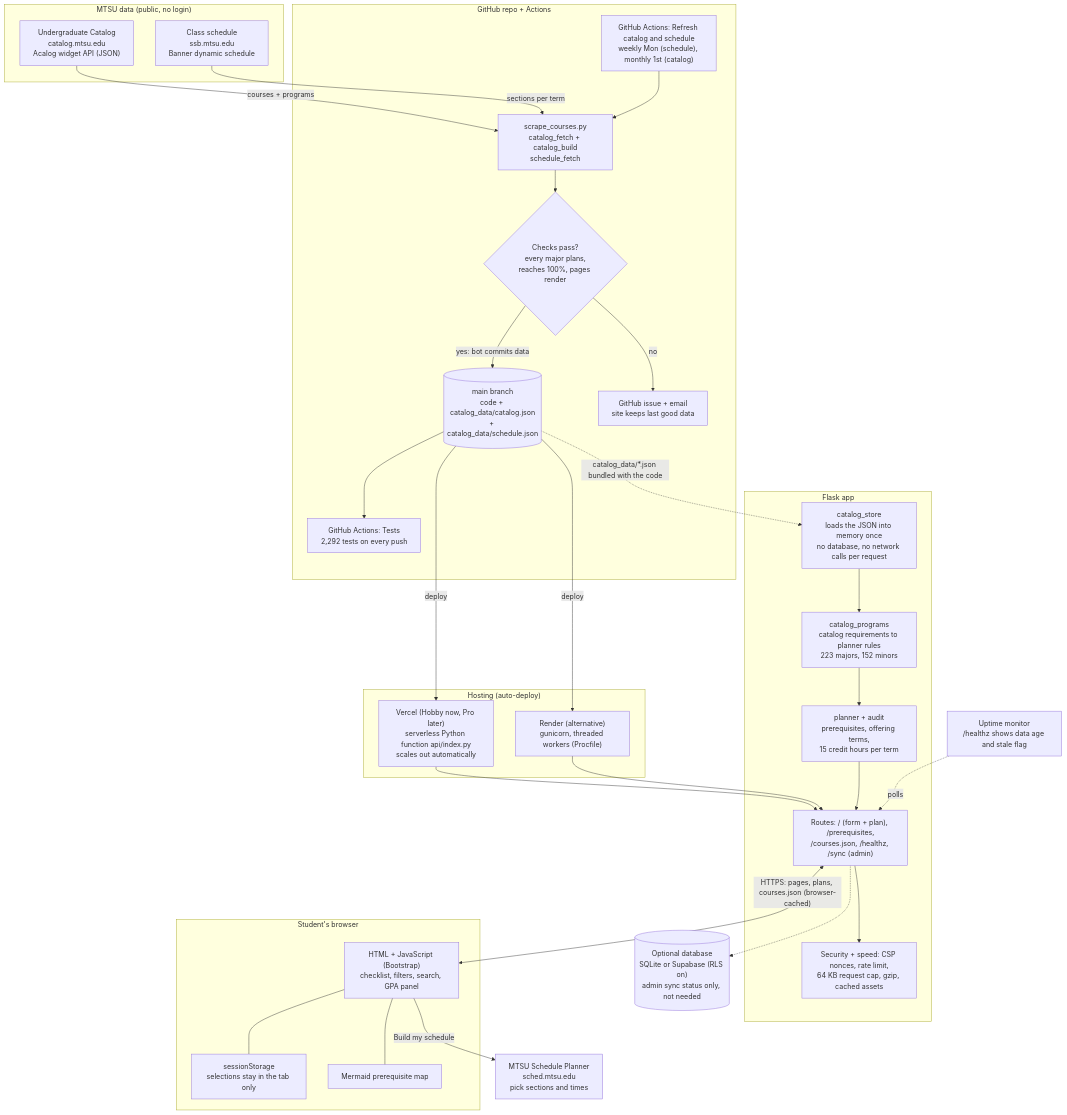
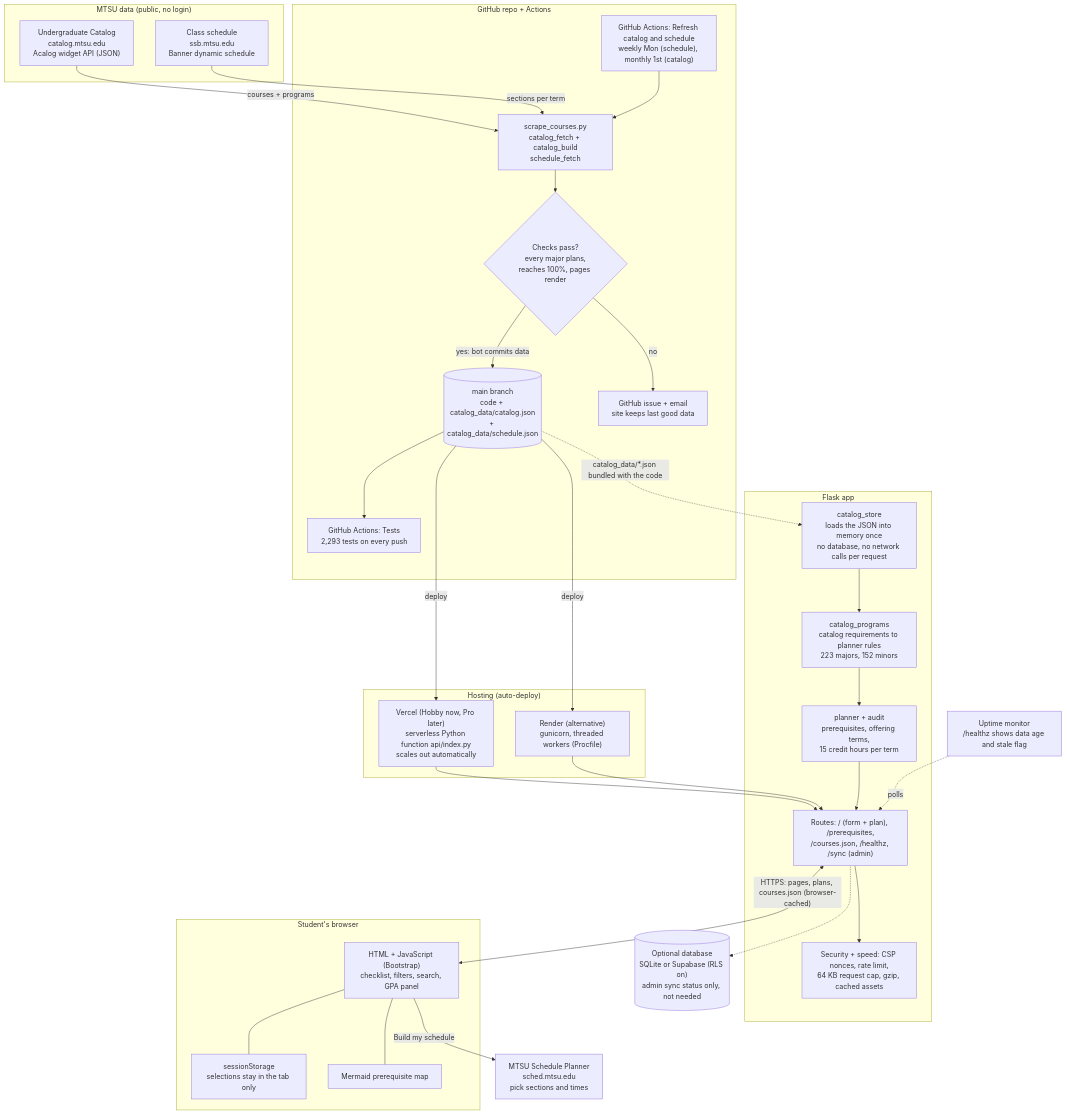
The diagram in README.md (stevenGGG23/MTSU-GradPath), drawn with Mermaid before and after one commit. The commit also changed other lines of this file and 3 other files, not shown here.

````diff
--- a/README.md
+++ b/README.md
@@ -271,60 +272,60 @@
 ```mermaid
 flowchart TB
     subgraph MTSU["MTSU data (public, no login)"]
         CAT["Undergraduate Catalog<br/>catalog.mtsu.edu<br/>Acalog widget API (JSON)"]
         SCH["Class schedule<br/>ssb.mtsu.edu<br/>Banner dynamic schedule"]
     end
 
     subgraph GH["GitHub repo + Actions"]
         REFRESH["GitHub Actions: Refresh catalog and schedule<br/>weekly Mon (schedule), monthly 1st (catalog)"]
         EXPORT["scrape_courses.py<br/>catalog_fetch + catalog_build<br/>schedule_fetch"]
         GATE{"Checks pass?<br/>every major plans,<br/>reaches 100%, pages render"}
         REPO[("main branch<br/>code + catalog_data/catalog.json<br/>+ catalog_data/schedule.json")]
         ISSUE["GitHub issue + email<br/>site keeps last good data"]
-        TESTS["GitHub Actions: Tests<br/>2,292 tests on every push"]
+        TESTS["GitHub Actions: Tests<br/>2,293 tests on every push"]
     end
 
     subgraph HOST["Hosting (auto-deploy)"]
         VERCEL["Vercel (Hobby now, Pro later)<br/>serverless Python function api/index.py<br/>scales out automatically"]
         RENDER["Render (alternative)<br/>gunicorn, threaded workers (Procfile)"]
     end
 
     subgraph APP["Flask app"]
         STORE["catalog_store<br/>loads the JSON into memory once<br/>no database, no network calls per request"]
         CONVERT["catalog_programs<br/>catalog requirements to planner rules<br/>223 majors, 152 minors"]
         PLAN["planner + audit<br/>prerequisites, offering terms,<br/>15 credit hours per term"]
         ROUTES["Routes: / (form + plan), /prerequisites,<br/>/courses.json, /healthz, /sync (admin)"]
         HARDEN["Security + speed: CSP nonces, rate limit,<br/>64 KB request cap, gzip, cached assets"]
     end
 
     subgraph USER["Student's browser"]
         PAGE["HTML + JavaScript (Bootstrap)<br/>checklist, filters, search, GPA panel"]
         LOCAL["sessionStorage<br/>selections stay in the tab only"]
         MERMAID["Mermaid prerequisite map"]
     end
 
     SP["MTSU Schedule Planner<br/>sched.mtsu.edu<br/>pick sections and times"]
 
     DB[("Optional database<br/>SQLite or Supabase (RLS on)<br/>admin sync status only, not needed")]
     MON["Uptime monitor<br/>/healthz shows data age and stale flag"]
 
     CAT -->|"courses + programs"| EXPORT
     SCH -->|"sections per term"| EXPORT
     REFRESH --> EXPORT --> GATE
     GATE -->|"yes: bot commits data"| REPO
     GATE -->|"no"| ISSUE
     REPO --> TESTS
     REPO -->|"deploy"| VERCEL
     REPO -->|"deploy"| RENDER
     VERCEL --> ROUTES
     RENDER --> ROUTES
     ROUTES --> HARDEN
     STORE --> CONVERT --> PLAN --> ROUTES
     REPO -.->|"catalog_data/*.json bundled with the code"| STORE
     ROUTES <-->|"HTTPS: pages, plans, courses.json (browser-cached)"| PAGE
     PAGE --- LOCAL
     PAGE --- MERMAID
     PAGE -->|"Build my schedule"| SP
     ROUTES -.-> DB
     MON -.->|"polls"| ROUTES
 ```
````
